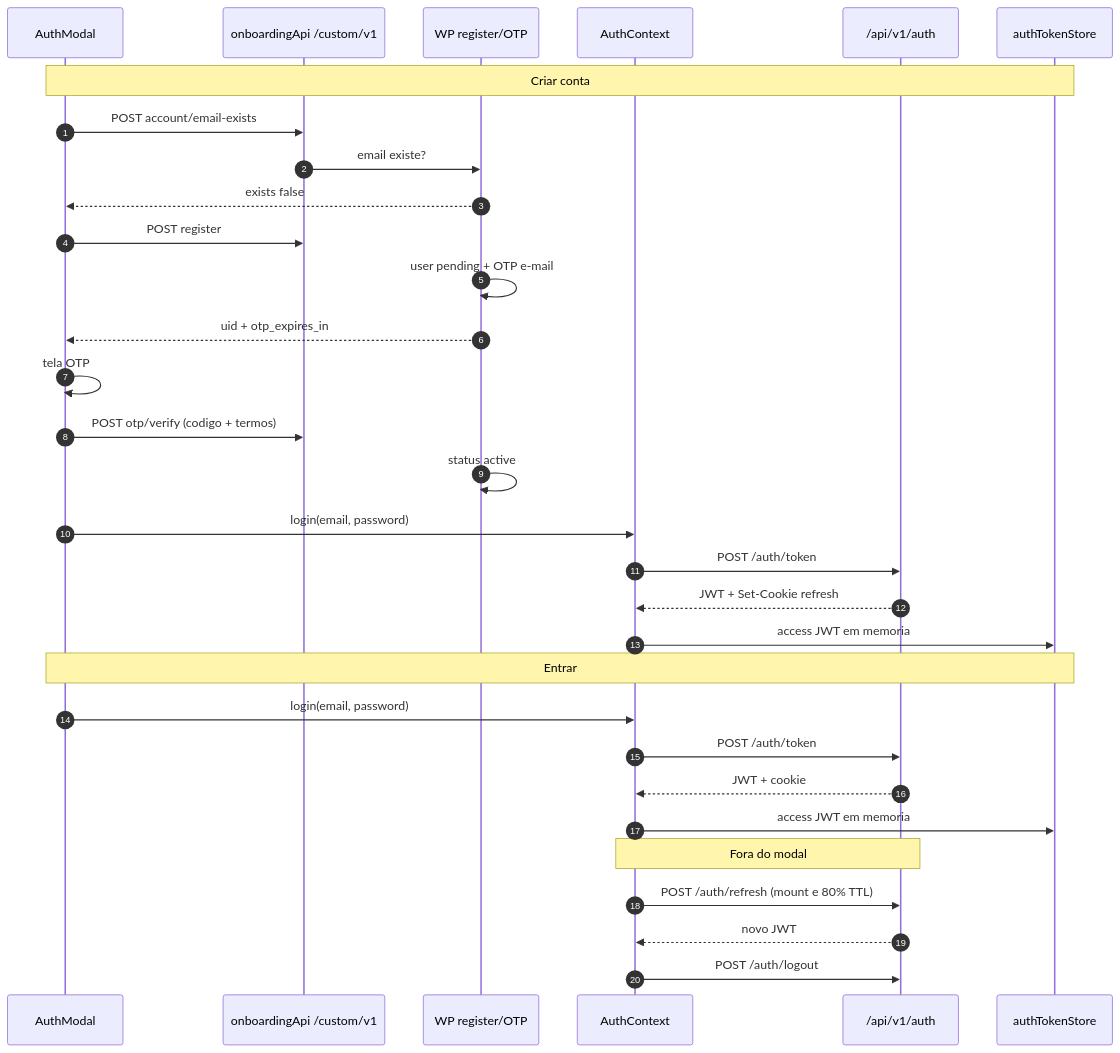
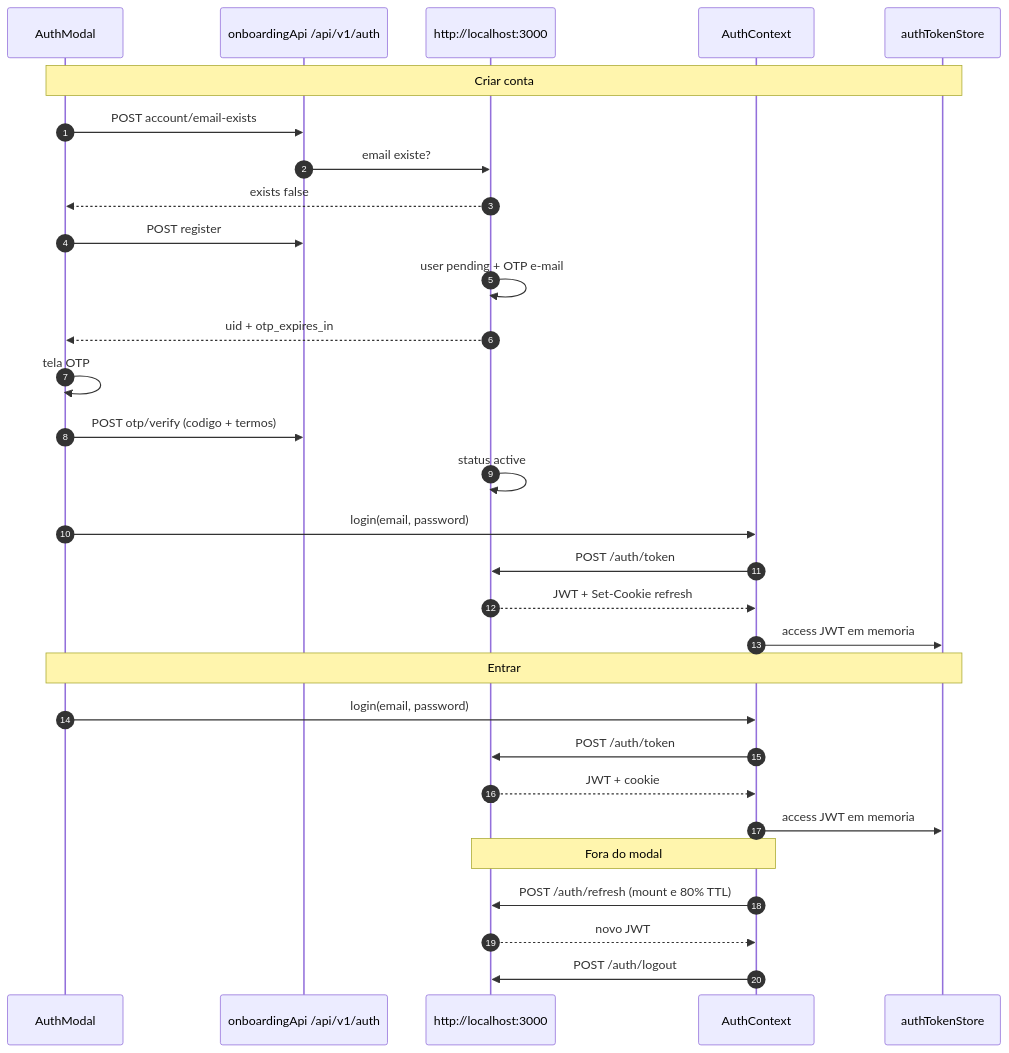
One commit to charles-mendes/eden-bowls-backend changed the diagram in docs/token/07-auth-signup-login-frontend.md. Above: the diagram before and after it, drawn with Mermaid. The commit also changed other lines of this file and 2 other files, not shown here.

Commit message:
Update authentication documentation to reflect changes in OTP flow and API endpoints. Transitioned from WordPress to Node for signup and OTP processes, specifying local development URLs. Enhanced clarity on email sending routes and updated references to align with new backend structure.

````diff
--- a/docs/token/07-auth-signup-login-frontend.md
+++ b/docs/token/07-auth-signup-login-frontend.md
@@ -431,36 +430,35 @@
 ```mermaid
 sequenceDiagram
     autonumber
     participant UI as AuthModal
-    participant API as onboardingApi /custom/v1
-    participant WP as WP register/OTP
+    participant API as onboardingApi /api/v1/auth
+    participant NodeAuth as http://localhost:3000
     participant Auth as AuthContext
-    participant Node as /api/v1/auth
     participant Store as authTokenStore
 
     Note over UI,Store: Criar conta
     UI->>API: POST account/email-exists
-    API->>WP: email existe?
-    WP-->>UI: exists false
+    API->>NodeAuth: email existe?
+    NodeAuth-->>UI: exists false
     UI->>API: POST register
-    WP->>WP: user pending + OTP e-mail
-    WP-->>UI: uid + otp_expires_in
+    NodeAuth->>NodeAuth: user pending + OTP e-mail
+    NodeAuth-->>UI: uid + otp_expires_in
     UI->>UI: tela OTP
     UI->>API: POST otp/verify (codigo + termos)
-    WP->>WP: status active
+    NodeAuth->>NodeAuth: status active
     UI->>Auth: login(email, password)
-    Auth->>Node: POST /auth/token
-    Node-->>Auth: JWT + Set-Cookie refresh
+    Auth->>NodeAuth: POST /auth/token
+    NodeAuth-->>Auth: JWT + Set-Cookie refresh
     Auth->>Store: access JWT em memoria
 
     Note over UI,Store: Entrar
     UI->>Auth: login(email, password)
-    Auth->>Node: POST /auth/token
-    Node-->>Auth: JWT + cookie
+    Auth->>NodeAuth: POST /auth/token
+    NodeAuth-->>Auth: JWT + cookie
     Auth->>Store: access JWT em memoria
 
-    Note over Auth,Node: Fora do modal
-    Auth->>Node: POST /auth/refresh (mount e 80% TTL)
-    Node-->>Auth: novo JWT
-    Auth->>Node: POST /auth/logout
+    Note over Auth,NodeAuth: Fora do modal
+    Auth->>NodeAuth: POST /auth/refresh (mount e 80% TTL)
+    NodeAuth-->>Auth: novo JWT
+    Auth->>NodeAuth: POST /auth/logout
 ```
````
